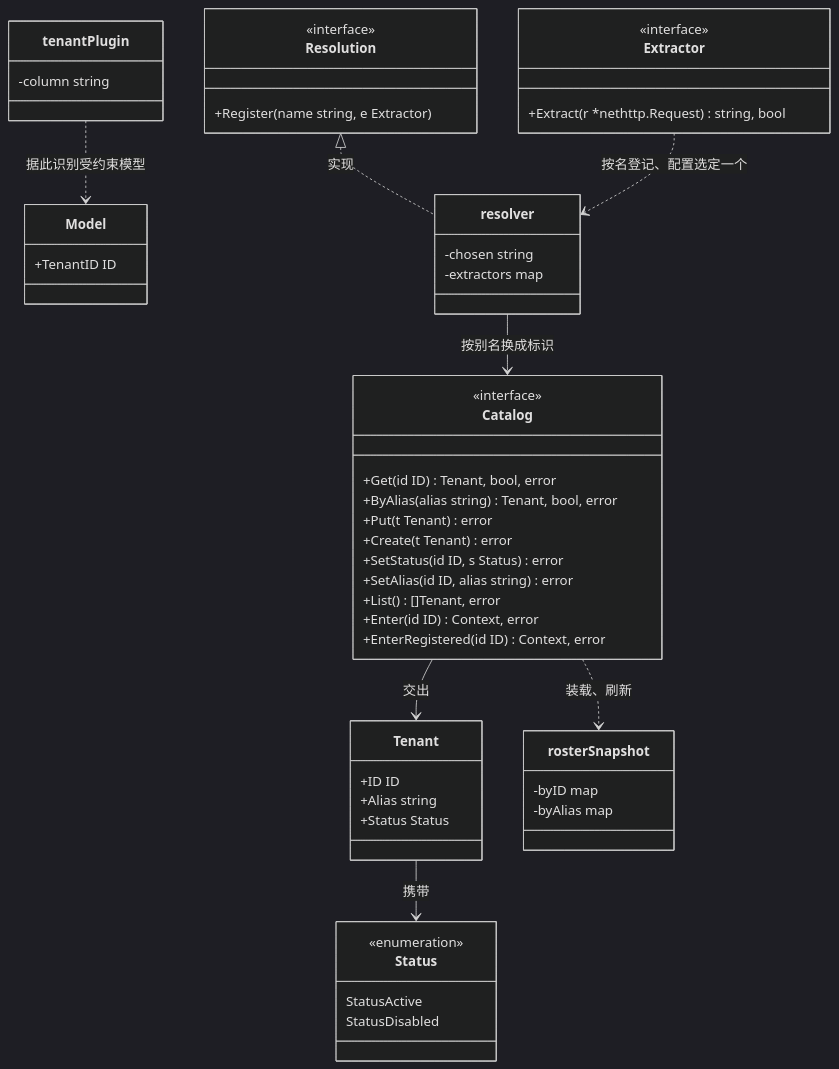
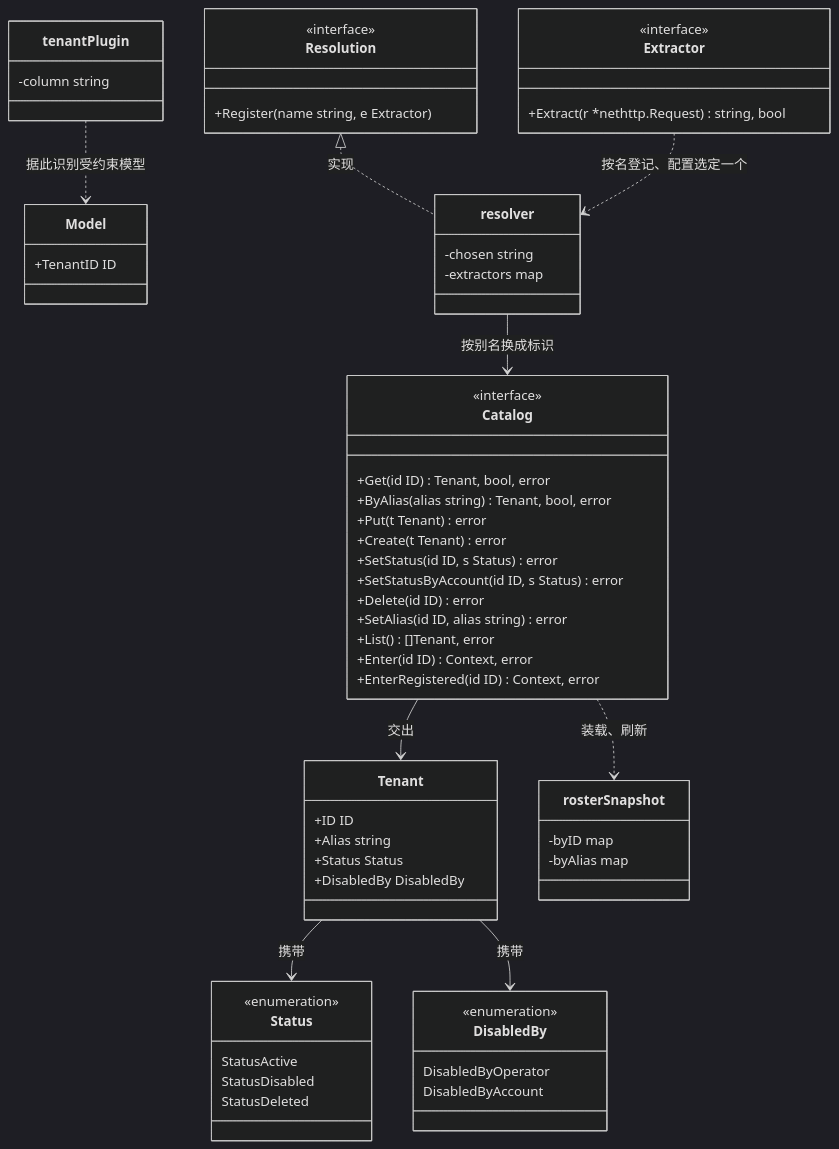
The first of 5 diagrams in docs/design/modules/tenant/design-tenant.md (wangzw/speed), drawn with Mermaid (dark theme) before and after one commit. The commit also changed other lines of this file and 21 other files, not shown here.

````diff
--- a/docs/design/modules/tenant/design-tenant.md
+++ b/docs/design/modules/tenant/design-tenant.md
@@ -367,54 +446,64 @@
 ```mermaid
 classDiagram
     class Resolution {
         <<interface>>
         +Register(name string, e Extractor)
     }
     class Catalog {
         <<interface>>
         +Get(id ID) Tenant, bool, error
         +ByAlias(alias string) Tenant, bool, error
         +Put(t Tenant) error
         +Create(t Tenant) error
         +SetStatus(id ID, s Status) error
+        +SetStatusByAccount(id ID, s Status) error
+        +Delete(id ID) error
         +SetAlias(id ID, alias string) error
         +List() []Tenant, error
         +Enter(id ID) Context, error
         +EnterRegistered(id ID) Context, error
     }
     class Extractor {
         <<interface>>
         +Extract(r *nethttp.Request) string, bool
     }
     class Tenant {
         +ID ID
         +Alias string
         +Status Status
+        +DisabledBy DisabledBy
     }
     class Status {
         <<enumeration>>
         StatusActive
         StatusDisabled
+        StatusDeleted
+    }
+    class DisabledBy {
+        <<enumeration>>
+        DisabledByOperator
+        DisabledByAccount
     }
     class Model {
         +TenantID ID
     }
     class rosterSnapshot {
         -byID map
         -byAlias map
     }
     class resolver {
         -chosen string
         -extractors map
     }
     class tenantPlugin {
         -column string
     }
     Resolution <|.. resolver : 实现
     Extractor ..> resolver : 按名登记、配置选定一个
     resolver --> Catalog : 按别名换成标识
     Catalog --> Tenant : 交出
     Tenant --> Status : 携带
+    Tenant --> DisabledBy : 携带
     Catalog ..> rosterSnapshot : 装载、刷新
     tenantPlugin ..> Model : 据此识别受约束模型
 ```
````
